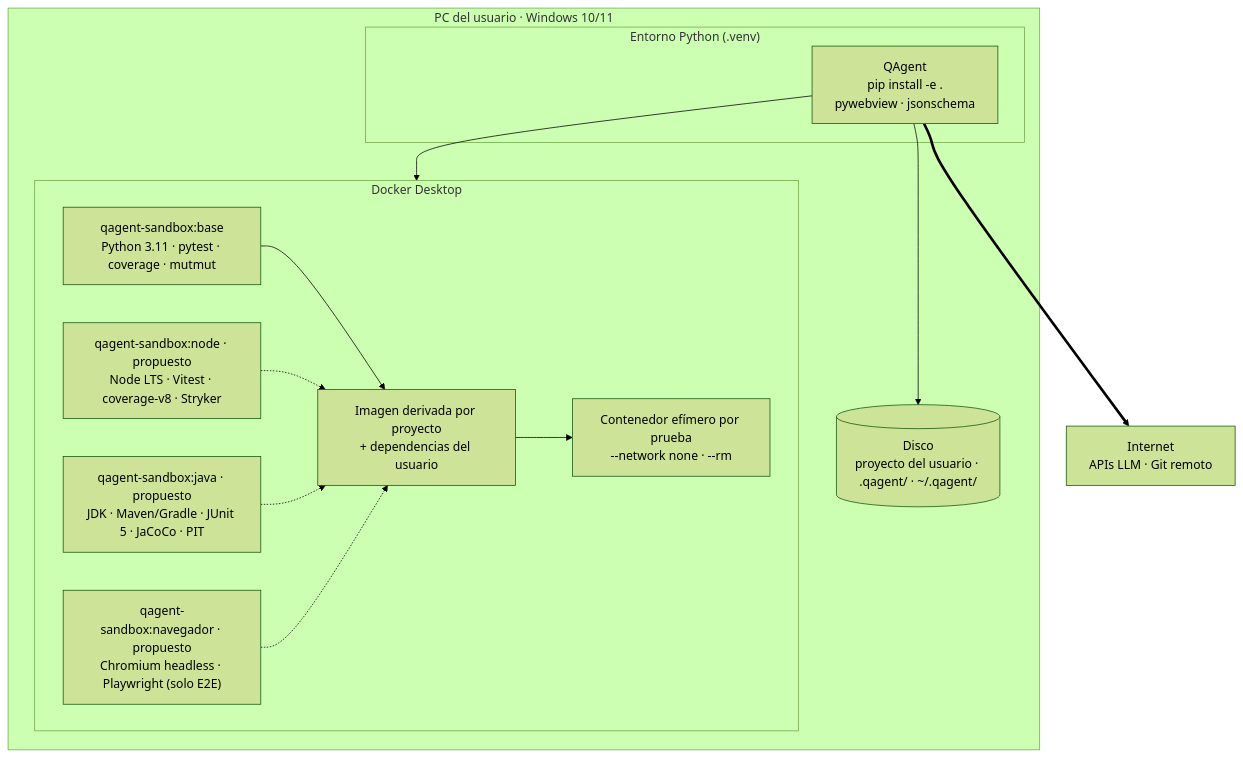
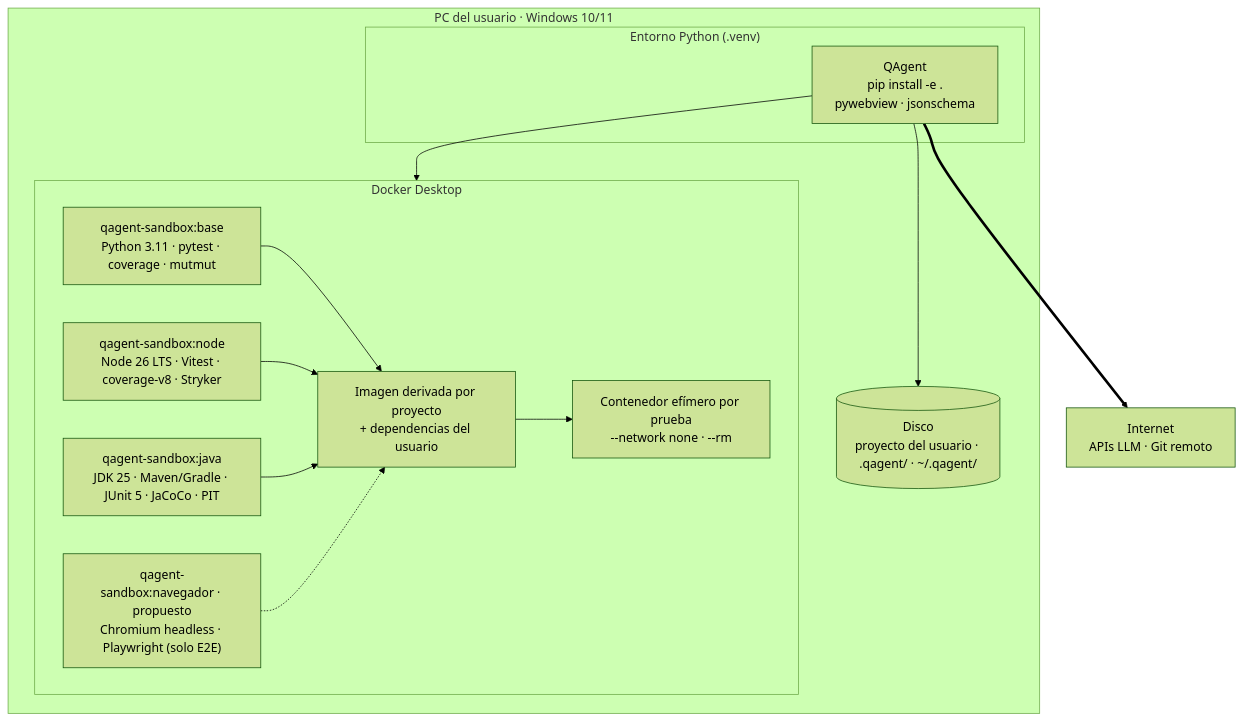
Before and after one commit to AngelOncoy/QAgent: diagram 11 of 12 in docs/arquitectura.md, drawn with Mermaid (forest theme). The commit also changed other lines of this file and 1 other file, not shown here.

````diff
--- a/docs/arquitectura.md
+++ b/docs/arquitectura.md
@@ -606,26 +606,26 @@
 ```mermaid
 flowchart TB
     subgraph WIN["PC del usuario · Windows 10/11"]
         subgraph VENV["Entorno Python (.venv)"]
             QA["QAgent<br/>pip install -e .<br/>pywebview · jsonschema"]
         end
         subgraph DD["Docker Desktop"]
             IMG["qagent-sandbox:base<br/>Python 3.11 · pytest · coverage · mutmut"]
-            IMGN["qagent-sandbox:node · propuesto<br/>Node LTS · Vitest · coverage-v8 · Stryker"]
-            IMGJ["qagent-sandbox:java · propuesto<br/>JDK · Maven/Gradle · JUnit 5 · JaCoCo · PIT"]
+            IMGN["qagent-sandbox:node<br/>Node 26 LTS · Vitest · coverage-v8 · Stryker"]
+            IMGJ["qagent-sandbox:java<br/>JDK 25 · Maven/Gradle · JUnit 5 · JaCoCo · PIT"]
             IMGE["qagent-sandbox:navegador · propuesto<br/>Chromium headless · Playwright (solo E2E)"]
             IMGP["Imagen derivada por proyecto<br/>+ dependencias del usuario"]
             CT["Contenedor efímero por prueba<br/>--network none · --rm"]
             IMG --> IMGP --> CT
-            IMGN -.-> IMGP
-            IMGJ -.-> IMGP
+            IMGN --> IMGP
+            IMGJ --> IMGP
             IMGE -.-> IMGP
         end
         FS[("Disco<br/>proyecto del usuario · .qagent/ · ~/.qagent/")]
     end
     NET["Internet<br/>APIs LLM · Git remoto"]
 
     QA --> DD
     QA --> FS
     QA ==> NET
 ```
````
